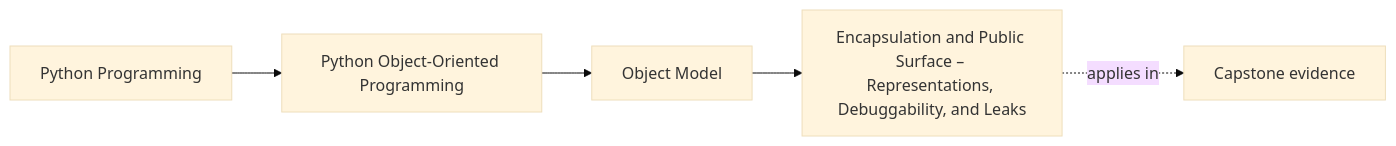
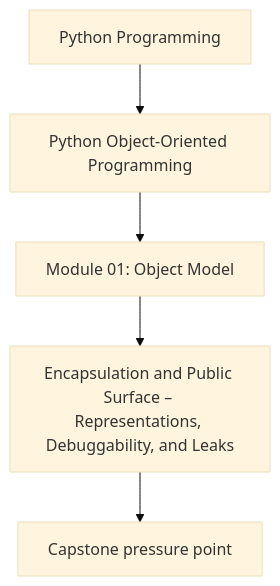
Before and after one commit to bijux/bijux-masterclass: the first of 2 diagrams in programs/python-programming/python-object-oriented-programming/course-book/module-01-object-model/encapsulation-public-surface-and-representation.md, drawn with Mermaid (base theme). The commit also changed other lines of this file and 107 other files, not shown here.

Commit message:
docs(python-object-oriented-programming): align concept page diagrams

````diff
--- a/programs/python-programming/python-object-oriented-programming/course-book/module-01-object-model/encapsulation-public-surface-and-representation.md
+++ b/programs/python-programming/python-object-oriented-programming/course-book/module-01-object-model/encapsulation-public-surface-and-representation.md
@@ -7,11 +7,7 @@
 ```mermaid
-graph LR
-  family["Python Programming"]
-  program["Python Object-Oriented Programming"]
-  section["Object Model"]
-  page["Encapsulation and Public Surface – Representations, Debuggability, and Leaks"]
-  capstone["Capstone evidence"]
-
-  family --> program --> section --> page
-  page -.applies in.-> capstone
+flowchart TD
+  family["Python Programming"] --> program["Python Object-Oriented Programming"]
+  program --> module["Module 01: Object Model"]
+  module --> concept["Encapsulation and Public Surface – Representations, Debuggability, and Leaks"]
+  concept --> capstone["Capstone pressure point"]
 ```
````
